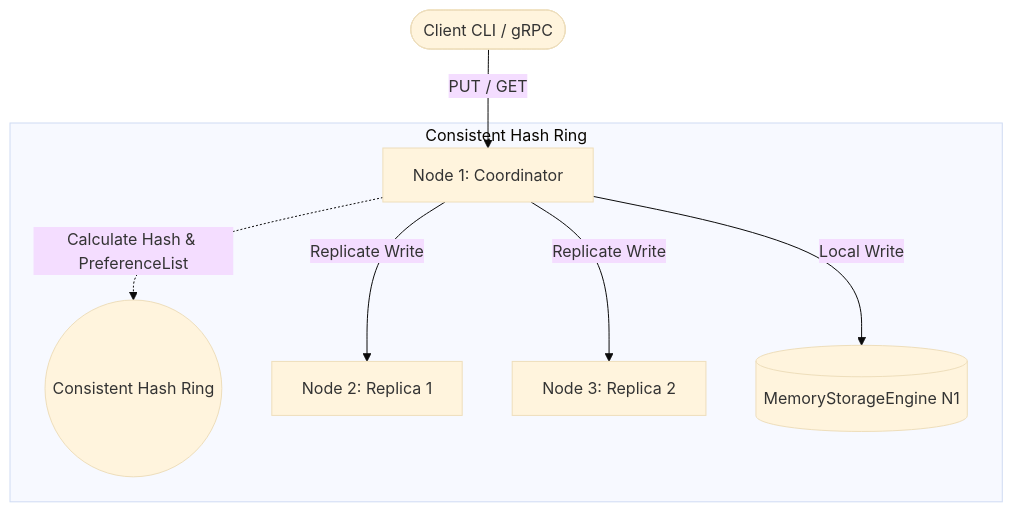
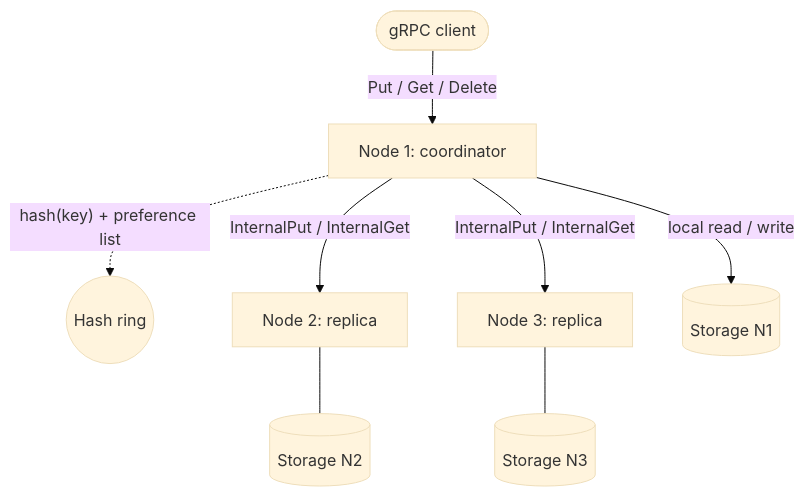
Before and after one commit to rarescs23/distributed-kv-store: the diagram in README.md, drawn with Mermaid (base theme). The commit also changed other lines of this file and 8 other files, not shown here.

````diff
--- a/README.md
+++ b/README.md
@@ -21,11 +29,11 @@
 ```mermaid
 graph TD
-    Client([Client CLI / gRPC]) -->|PUT / GET| N1[Node 1: Coordinator]
+    Client([gRPC client]) -->|Put / Get / Delete| N1[Node 1: coordinator]
 
-    subgraph "Consistent Hash Ring"
-        N1 -. Calculate Hash & PreferenceList .-> Ring((Consistent Hash Ring))
-        N1 -->|Replicate Write| N2[Node 2: Replica 1]
-        N1 -->|Replicate Write| N3[Node 3: Replica 2]
-        N1 -->|Local Write| S1[(MemoryStorageEngine N1)]
-    end
+    N1 -. hash(key) + preference list .-> Ring((Hash ring))
+    N1 -->|InternalPut / InternalGet| N2[Node 2: replica]
+    N1 -->|InternalPut / InternalGet| N3[Node 3: replica]
+    N1 -->|local read / write| S1[(Storage N1)]
+    N2 --- S2[(Storage N2)]
+    N3 --- S3[(Storage N3)]
 ```
````
